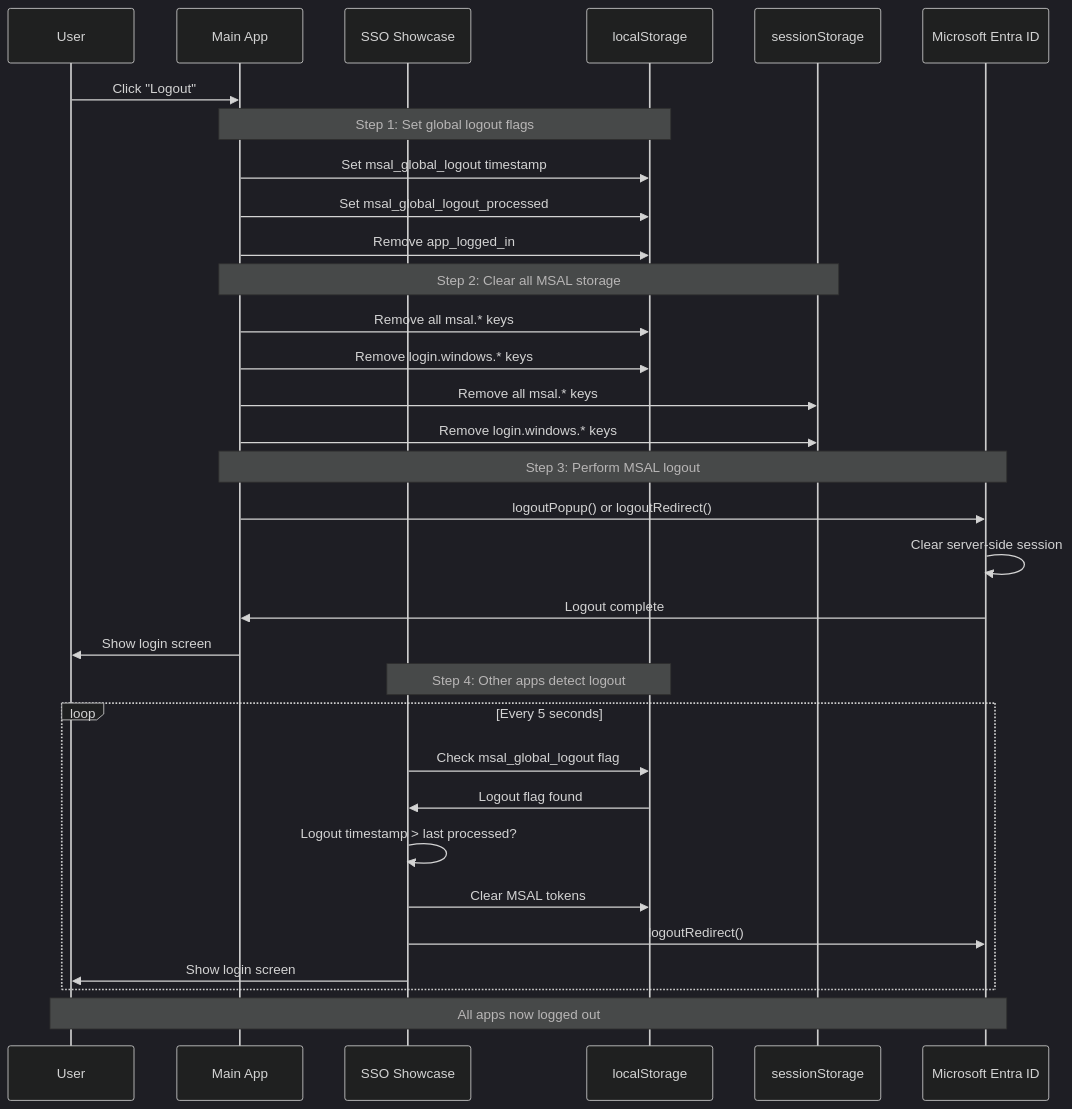
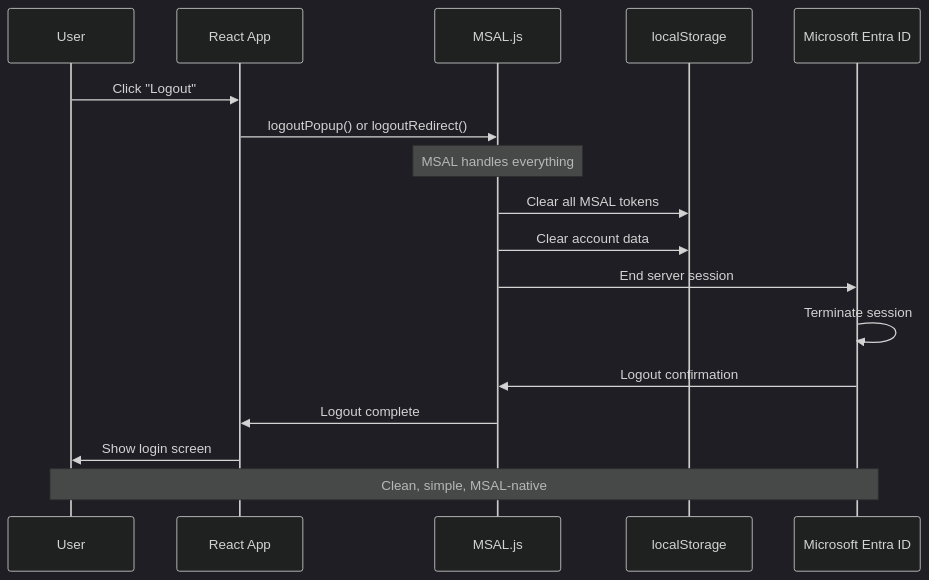
One commit to gurkanindibay/simple_chat_rag changed diagram 16 of 22 in SSO_COMPREHENSIVE_REFERENCE.md. Above: the diagram before and after it, drawn with Mermaid (dark theme). The commit also changed other lines of this file, not shown here.

Commit message:
feat: Update documentation to reflect Version 3.0 - Simplified MSAL-native approach, removing custom flags and enhancing logout functionality

````diff
--- a/SSO_COMPREHENSIVE_REFERENCE.md
+++ b/SSO_COMPREHENSIVE_REFERENCE.md
@@ -953,44 +1061,25 @@
 ```mermaid
 sequenceDiagram
     participant User
-    participant App1 as Main App
-    participant App2 as SSO Showcase
-    participant Storage as localStorage
-    participant Session as sessionStorage
+    participant App as React App
+    participant MSAL as MSAL.js
+    participant Cache as localStorage
     participant Entra as Microsoft Entra ID
     
-    User->>App1: Click "Logout"
+    User->>App: Click "Logout"
+    App->>MSAL: logoutPopup() or logoutRedirect()
     
-    Note over App1,Storage: Step 1: Set global logout flags
+    Note over MSAL: MSAL handles everything
     
-    App1->>Storage: Set msal_global_logout timestamp
-    App1->>Storage: Set msal_global_logout_processed
-    App1->>Storage: Remove app_logged_in
+    MSAL->>Cache: Clear all MSAL tokens
+    MSAL->>Cache: Clear account data
+    MSAL->>Entra: End server session
     
-    Note over App1,Session: Step 2: Clear all MSAL storage
+    Entra->>Entra: Terminate session
+    Entra->>MSAL: Logout confirmation
     
-    App1->>Storage: Remove all msal.* keys
-    App1->>Storage: Remove login.windows.* keys
-    App1->>Session: Remove all msal.* keys
-    App1->>Session: Remove login.windows.* keys
+    MSAL->>App: Logout complete
+    App->>User: Show login screen
     
-    Note over App1,Entra: Step 3: Perform MSAL logout
-    
-    App1->>Entra: logoutPopup() or logoutRedirect()
-    Entra->>Entra: Clear server-side session
-    Entra->>App1: Logout complete
-    App1->>User: Show login screen
-    
-    Note over App2,Storage: Step 4: Other apps detect logout
-    
-    loop Every 5 seconds
-        App2->>Storage: Check msal_global_logout flag
-        Storage->>App2: Logout flag found
-        App2->>App2: Logout timestamp > last processed?
-        App2->>Storage: Clear MSAL tokens
-        App2->>Entra: logoutRedirect()
-        App2->>User: Show login screen
-    end
-    
-    Note over User,Entra: All apps now logged out
+    Note over User,Entra: Clean, simple, MSAL-native
 ```
````
